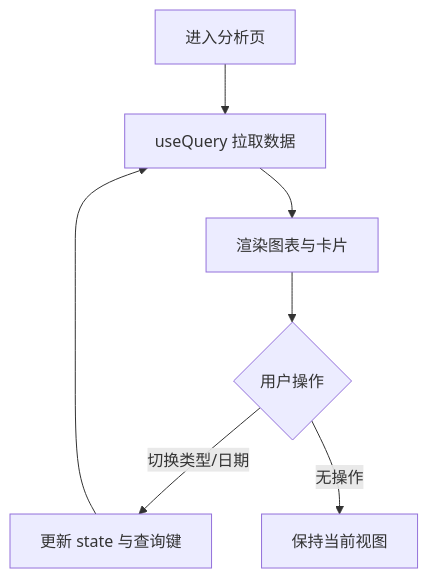
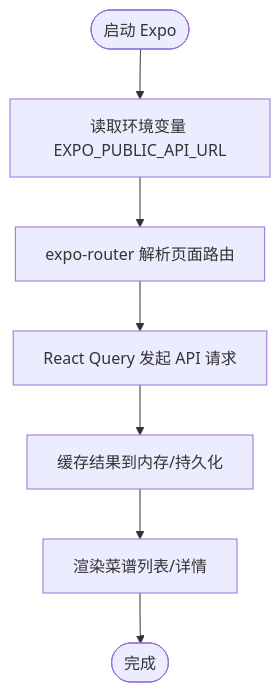
The fifth of 6 diagrams in .qoder/repowiki/zh/content/前端应用/前端应用.md (good-zheng/po), drawn with Mermaid before and after one commit. The commit also changed other lines of this file and 217 other files, not shown here.

````diff
--- a/.qoder/repowiki/zh/content/前端应用/前端应用.md
+++ b/.qoder/repowiki/zh/content/前端应用/前端应用.md
@@ -288,9 +265,9 @@
 ```mermaid
 flowchart TD
-Enter["进入分析页"] --> Load["useQuery 拉取数据"]
-Load --> Chart["渲染图表与卡片"]
-Chart --> UserAction{"用户操作"}
-UserAction -- 切换类型/日期 --> Update["更新 state 与查询键"]
-Update --> Load
-UserAction -- 无操作 --> End["保持当前视图"]
+Start(["启动 Expo"]) --> Config["读取环境变量 EXPO_PUBLIC_API_URL"]
+Config --> Route["expo-router 解析页面路由"]
+Route --> Fetch["React Query 发起 API 请求"]
+Fetch --> Cache["缓存结果到内存/持久化"]
+Cache --> Render["渲染菜谱列表/详情"]
+Render --> End(["完成"])
 ```
````
